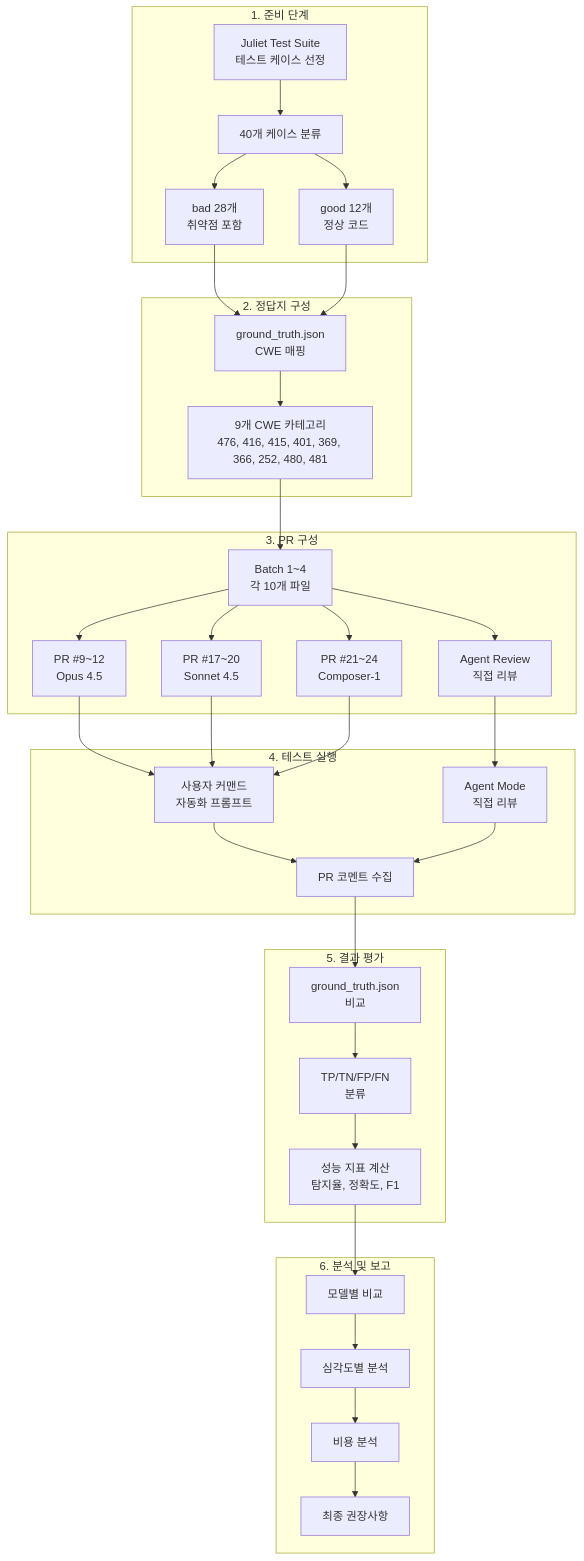
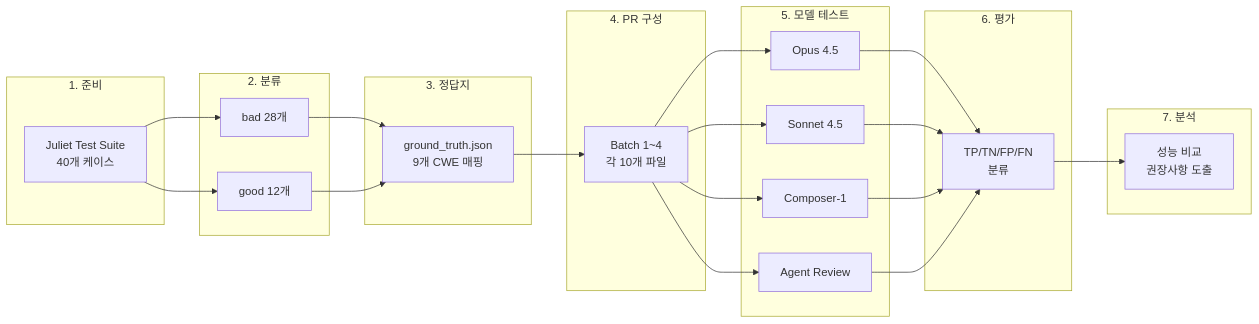
Before and after one commit to ghlee0308/juliet-test-suite-c_gh: the first of 3 diagrams in README.md, drawn with Mermaid. The commit also changed other lines of this file, not shown here.

Commit message:
Update mermaid diagrams in README.md

````diff
--- a/README.md
+++ b/README.md
@@ -59,44 +59,41 @@
 ```mermaid
-flowchart TB
-    subgraph 준비단계["1. 준비 단계"]
-        A[Juliet Test Suite<br>테스트 케이스 선정] --> B[40개 케이스 분류]
-        B --> C[bad 28개<br>취약점 포함]
-        B --> D[good 12개<br>정상 코드]
+flowchart LR
+    subgraph A["1. 준비"]
+        A1[Juliet Test Suite<br>40개 케이스]
     end
     
-    subgraph 정답지["2. 정답지 구성"]
-        C --> E[ground_truth.json<br>CWE 매핑]
-        D --> E
-        E --> F[9개 CWE 카테고리<br>476, 416, 415, 401, 369, 366, 252, 480, 481]
+    subgraph B["2. 분류"]
+        B1[bad 28개]
+        B2[good 12개]
     end
     
-    subgraph PR구성["3. PR 구성"]
-        F --> G[Batch 1~4<br>각 10개 파일]
-        G --> H1[PR #9~12<br>Opus 4.5]
-        G --> H2[PR #17~20<br>Sonnet 4.5]
-        G --> H3[PR #21~24<br>Composer-1]
-        G --> H4[Agent Review<br>직접 리뷰]
+    subgraph C["3. 정답지"]
+        C1[ground_truth.json<br>9개 CWE 매핑]
     end
     
-    subgraph 실행["4. 테스트 실행"]
-        H1 --> I[사용자 커맨드<br>자동화 프롬프트]
-        H2 --> I
-        H3 --> I
-        H4 --> J[Agent Mode<br>직접 리뷰]
-        I --> K[PR 코멘트 수집]
-        J --> K
+    subgraph D["4. PR 구성"]
+        D1[Batch 1~4<br>각 10개 파일]
     end
     
-    subgraph 평가["5. 결과 평가"]
-        K --> L[ground_truth.json<br>비교]
-        L --> M[TP/TN/FP/FN<br>분류]
-        M --> N[성능 지표 계산<br>탐지율, 정확도, F1]
+    subgraph E["5. 모델 테스트"]
+        E1[Opus 4.5]
+        E2[Sonnet 4.5]
+        E3[Composer-1]
+        E4[Agent Review]
     end
     
-    subgraph 분석["6. 분석 및 보고"]
-        N --> O[모델별 비교]
-        O --> P[심각도별 분석]
-        P --> Q[비용 분석]
-        Q --> R[최종 권장사항]
+    subgraph F["6. 평가"]
+        F1[TP/TN/FP/FN<br>분류]
     end
+    
+    subgraph G["7. 분석"]
+        G1[성능 비교<br>권장사항 도출]
+    end
+    
+    A1 --> B1 & B2
+    B1 & B2 --> C1
+    C1 --> D1
+    D1 --> E1 & E2 & E3 & E4
+    E1 & E2 & E3 & E4 --> F1
+    F1 --> G1
 ```
````
